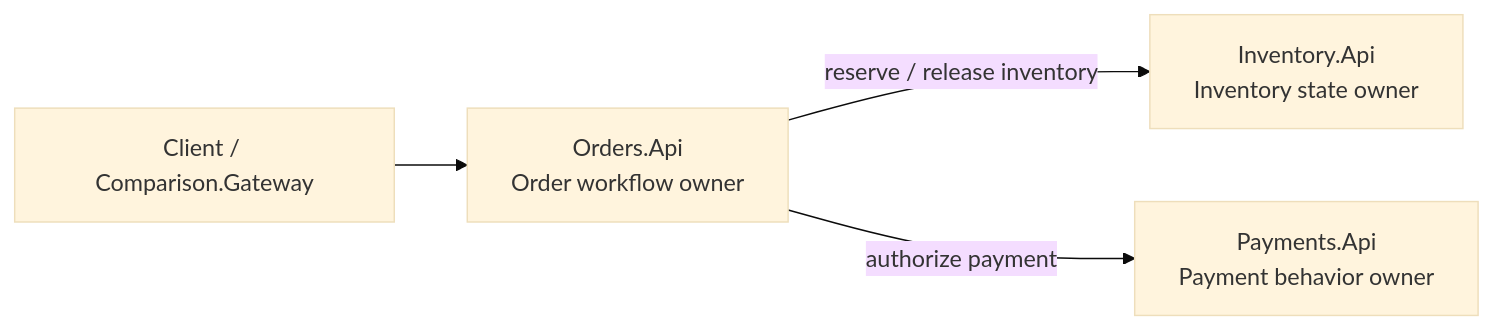
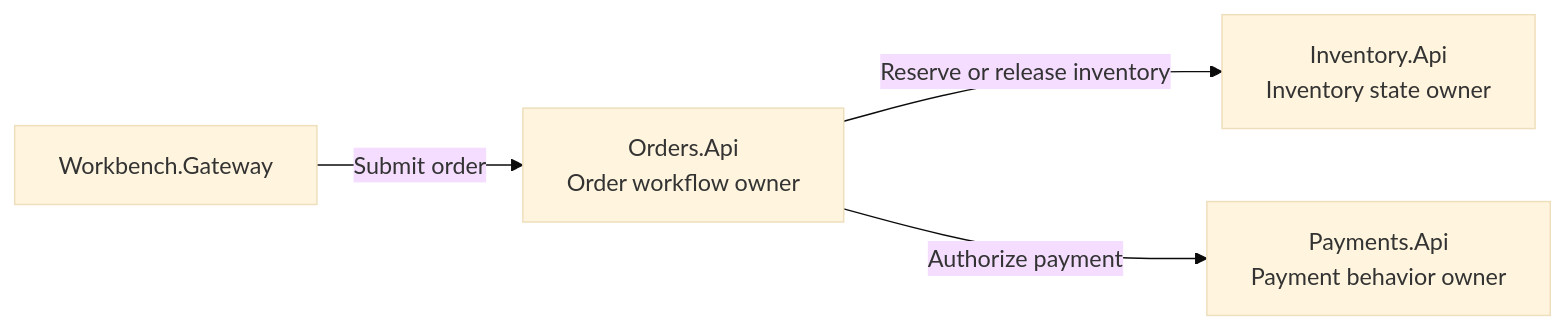
The first of 3 diagrams in docs/02-microservices-design.md (petesramek/microservices-vs-virtual-actors), drawn with Mermaid (base theme) before and after one commit. The commit also changed other lines of this file and 39 other files, not shown here.

````diff
--- a/docs/02-microservices-design.md
+++ b/docs/02-microservices-design.md
@@ -13,14 +13,11 @@
 ```mermaid
 flowchart LR
-    Client[Client / Comparison.Gateway]
-    Orders[Orders.Api
-Order workflow owner]
-    Inventory[Inventory.Api
-Inventory state owner]
-    Payments[Payments.Api
-Payment behavior owner]
+    Gateway[Workbench.Gateway]
+    Orders[Orders.Api<br/>Order workflow owner]
+    Inventory[Inventory.Api<br/>Inventory state owner]
+    Payments[Payments.Api<br/>Payment behavior owner]
 
-    Client --> Orders
-    Orders -->|reserve / release inventory| Inventory
-    Orders -->|authorize payment| Payments
+    Gateway -->|Submit order| Orders
+    Orders -->|Reserve or release inventory| Inventory
+    Orders -->|Authorize payment| Payments
 ```
````
